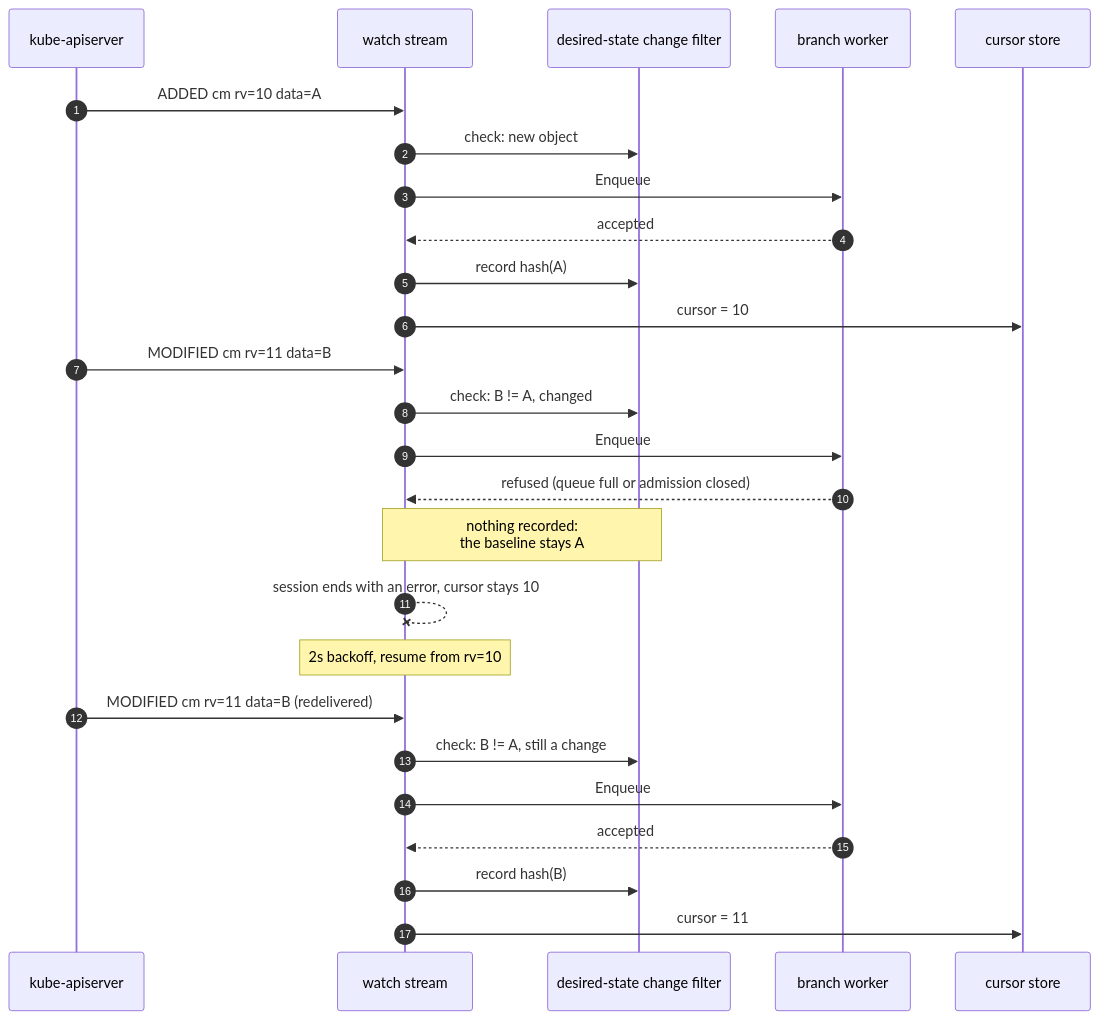
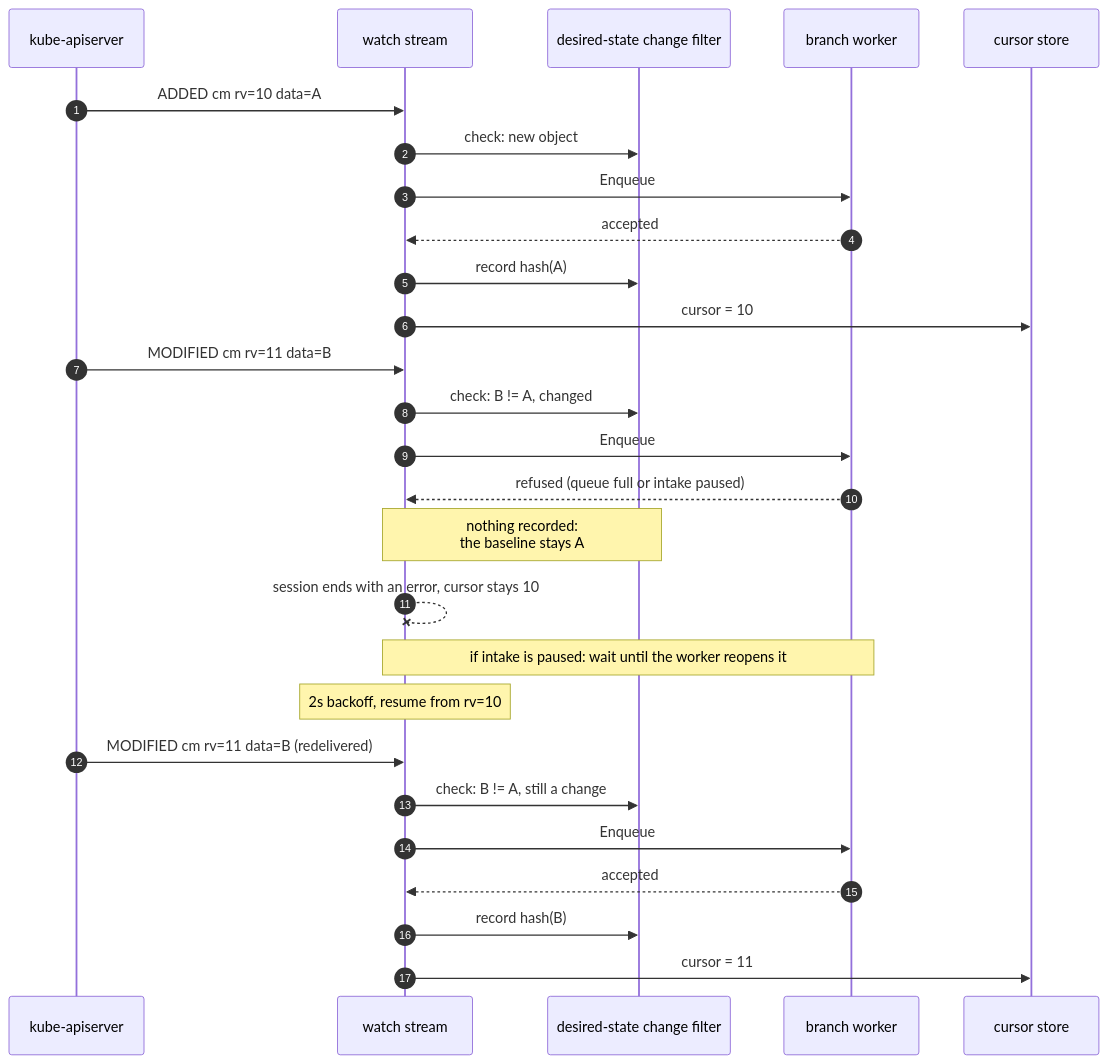
The third of 12 diagrams in docs/design/event-pipeline-overview.md (ConfigButler/gitops-reverser), drawn with Mermaid before and after one commit. The commit also changed other lines of this file, not shown here.

````diff
--- a/docs/design/event-pipeline-overview.md
+++ b/docs/design/event-pipeline-overview.md
@@ -124,31 +133,32 @@
 ```mermaid
 sequenceDiagram
     autonumber
     participant API as kube-apiserver
     participant S as watch stream
     participant D as desired-state change filter
     participant W as branch worker
     participant C as cursor store
 
     API->>S: ADDED cm rv=10 data=A
     S->>D: check: new object
     S->>W: Enqueue
     W-->>S: accepted
     S->>D: record hash(A)
     S->>C: cursor = 10
 
     API->>S: MODIFIED cm rv=11 data=B
     S->>D: check: B != A, changed
     S->>W: Enqueue
-    W-->>S: refused (queue full or admission closed)
+    W-->>S: refused (queue full or intake paused)
     Note over S,D: nothing recorded:<br/>the baseline stays A
     S--xS: session ends with an error, cursor stays 10
 
+    Note over S,W: if intake is paused: wait until the worker reopens it
     Note over S: 2s backoff, resume from rv=10
     API->>S: MODIFIED cm rv=11 data=B (redelivered)
     S->>D: check: B != A, still a change
     S->>W: Enqueue
     W-->>S: accepted
     S->>D: record hash(B)
     S->>C: cursor = 11
 ```
````
